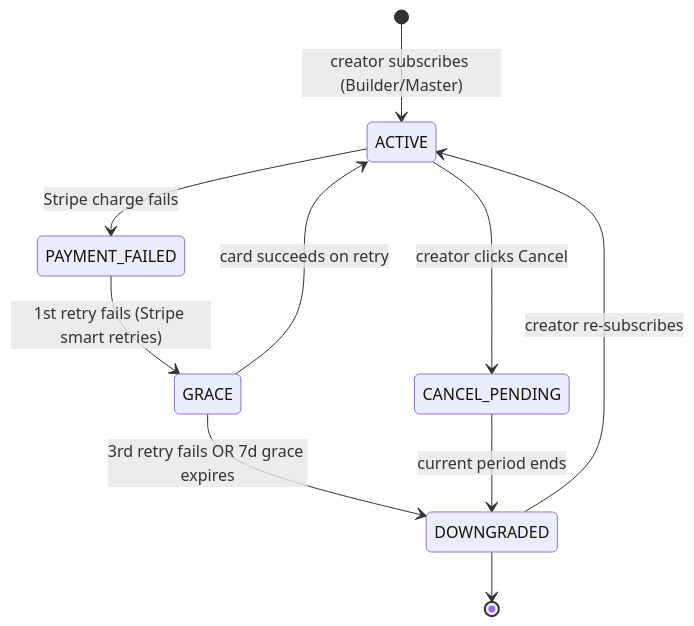
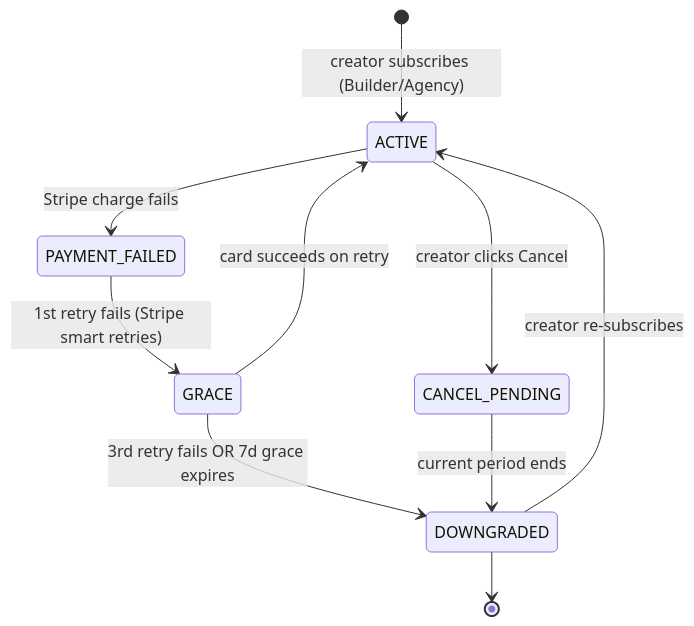
One commit to Pav42Geo/iLaunchify changed the seventh of 7 diagrams in docs/PLATFORM_SPEC.md. Above: the diagram before and after it, drawn with Mermaid. The commit also changed other lines of this file and 82 other files, not shown here.

````diff
--- a/docs/PLATFORM_SPEC.md
+++ b/docs/PLATFORM_SPEC.md
@@ -726,12 +726,12 @@
 ```mermaid
 stateDiagram-v2
-    [*] --> ACTIVE: creator subscribes (Builder/Master)
+    [*] --> ACTIVE: creator subscribes (Builder/Agency)
     ACTIVE --> PAYMENT_FAILED: Stripe charge fails
     PAYMENT_FAILED --> GRACE: 1st retry fails (Stripe smart retries)
     GRACE --> ACTIVE: card succeeds on retry
     GRACE --> DOWNGRADED: 3rd retry fails OR 7d grace expires
     ACTIVE --> CANCEL_PENDING: creator clicks Cancel
     CANCEL_PENDING --> DOWNGRADED: current period ends
     DOWNGRADED --> ACTIVE: creator re-subscribes
     DOWNGRADED --> [*]
 ```
````
